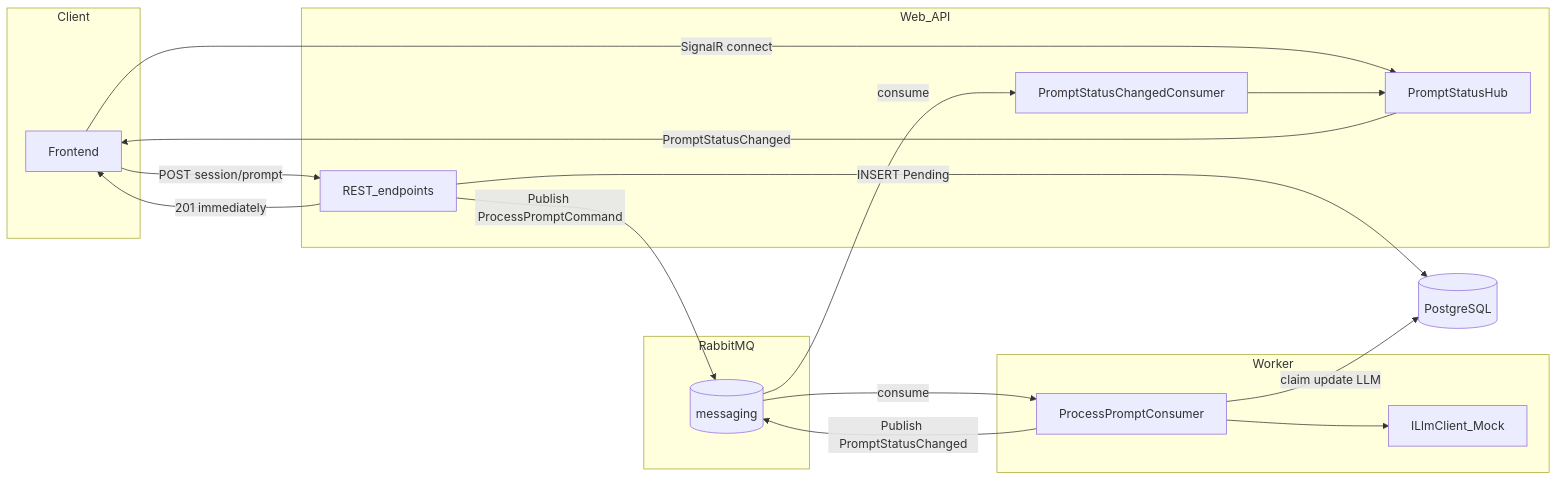
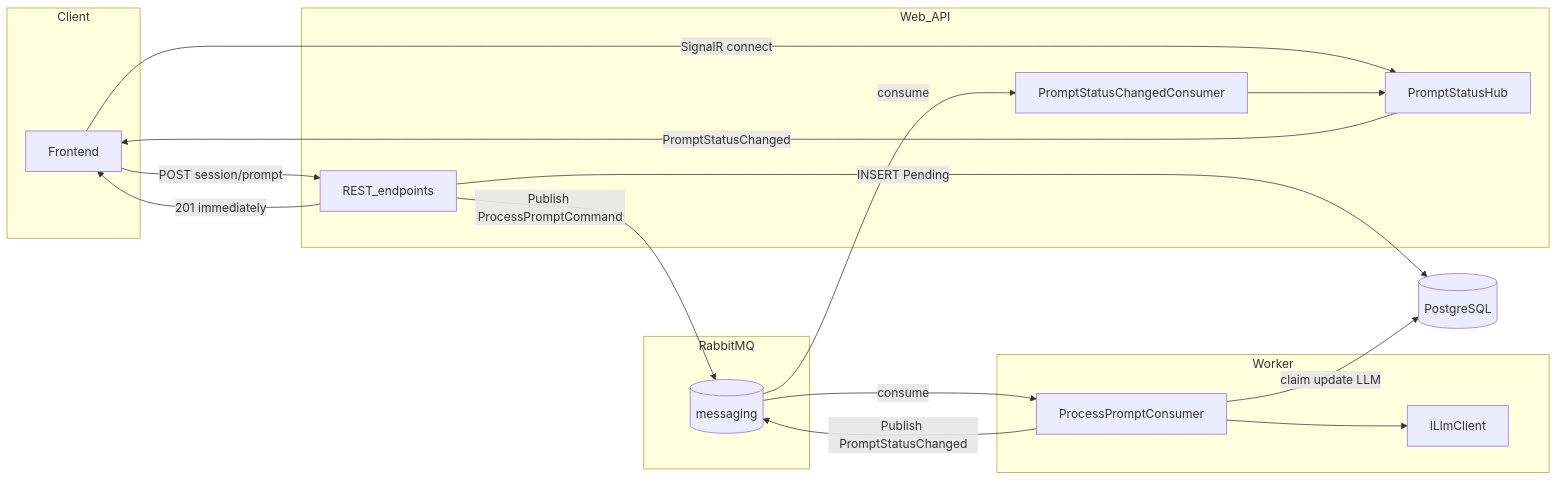
Before and after one commit to piotrokrutniak/promptify: the first of 2 diagrams in docs/07-api-worker-integration.md, drawn with Mermaid. The commit also changed other lines of this file and 23 other files, not shown here.

````diff
--- a/docs/07-api-worker-integration.md
+++ b/docs/07-api-worker-integration.md
@@ -16,33 +16,33 @@
 ```mermaid
 flowchart LR
     subgraph clientLayer [Client]
         FE[Frontend]
     end
     subgraph webProcess [Web_API]
         API[REST_endpoints]
         Hub[PromptStatusHub]
         StatusConsumer[PromptStatusChangedConsumer]
     end
     subgraph mqLayer [RabbitMQ]
         MQ[(messaging)]
     end
     subgraph workerProcess [Worker]
         Processor[ProcessPromptConsumer]
-        LLM[ILlmClient_Mock]
+        LLM[ILlmClient]
     end
     DB[(PostgreSQL)]
 
     FE -->|POST session/prompt| API
     API -->|INSERT Pending| DB
     API -->|Publish ProcessPromptCommand| MQ
     API -->|201 immediately| FE
     FE -->|SignalR connect| Hub
 
     MQ -->|consume| Processor
     Processor -->|claim update LLM| DB
     Processor --> LLM
     Processor -->|Publish PromptStatusChanged| MQ
     MQ -->|consume| StatusConsumer
     StatusConsumer --> Hub
     Hub -->|PromptStatusChanged| FE
 ```
````
